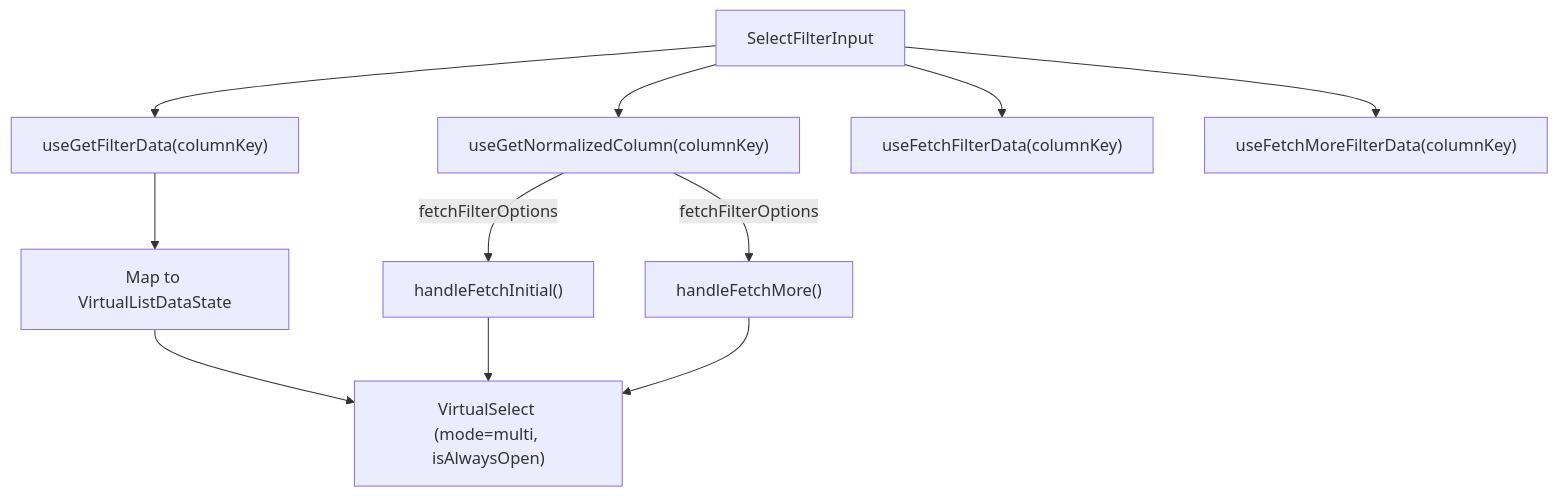
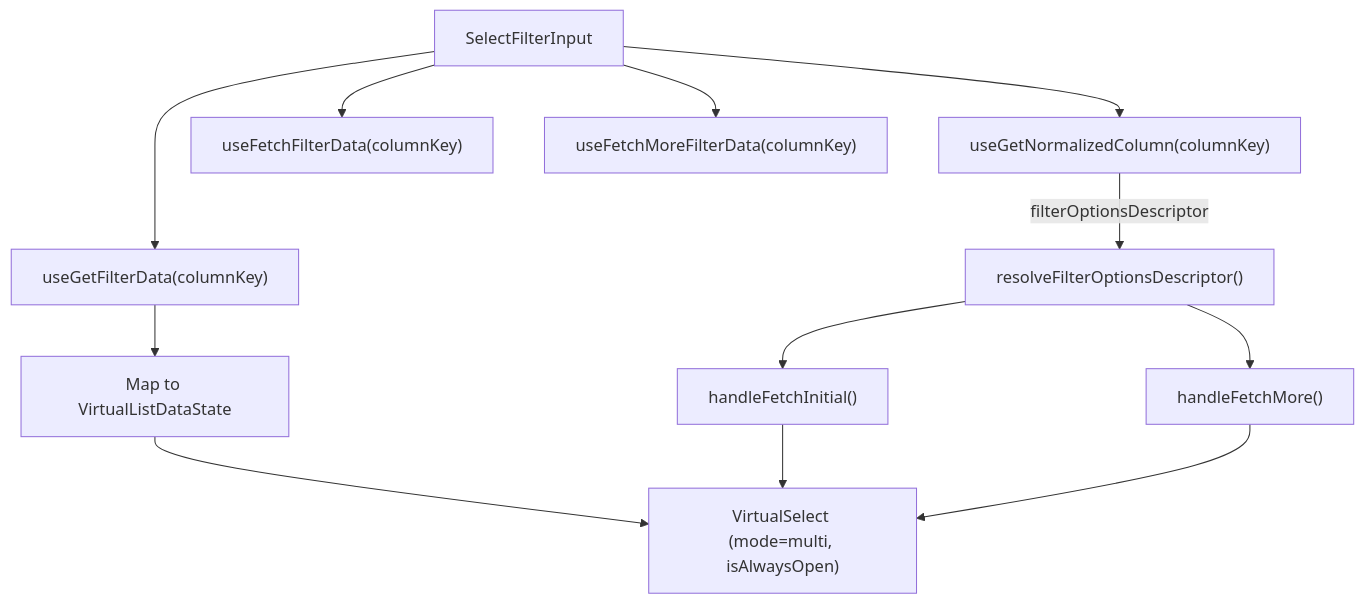
One commit to luciocabrera/lcabrera-stack changed the second of 2 diagrams in packages/ui/src/components/Table/filters/ARCHITECTURE.md. Above: the diagram before and after it, drawn with Mermaid. The commit also changed other lines of this file and 137 other files, not shown here.

````diff
--- a/packages/ui/src/components/Table/filters/ARCHITECTURE.md
+++ b/packages/ui/src/components/Table/filters/ARCHITECTURE.md
@@ -104,15 +104,16 @@
 ```mermaid
 graph TD
   SI["SelectFilterInput"] --> col["useGetNormalizedColumn(columnKey)"]
   SI --> fd["useGetFilterData(columnKey)"]
   SI --> fetch["useFetchFilterData(columnKey)"]
   SI --> more["useFetchMoreFilterData(columnKey)"]
 
-  col -->|"fetchFilterOptions"| onFetch["handleFetchInitial()"]
-  col -->|"fetchFilterOptions"| onMore["handleFetchMore()"]
+  col -->|"filterOptionsDescriptor"| resolve["resolveFilterOptionsDescriptor()"]
+  resolve --> onFetch["handleFetchInitial()"]
+  resolve --> onMore["handleFetchMore()"]
 
   fd --> state["Map to VirtualListDataState"]
   state --> VS["VirtualSelect (mode=multi, isAlwaysOpen)"]
   onFetch --> VS
   onMore --> VS
 ```
````
